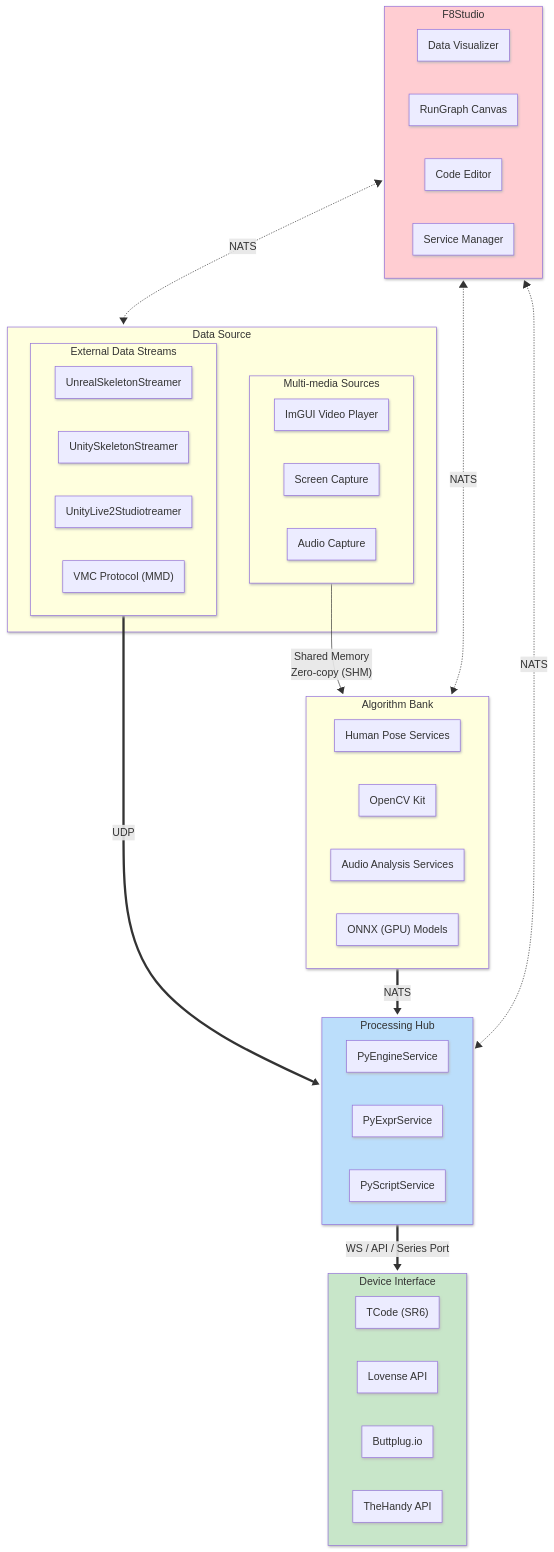
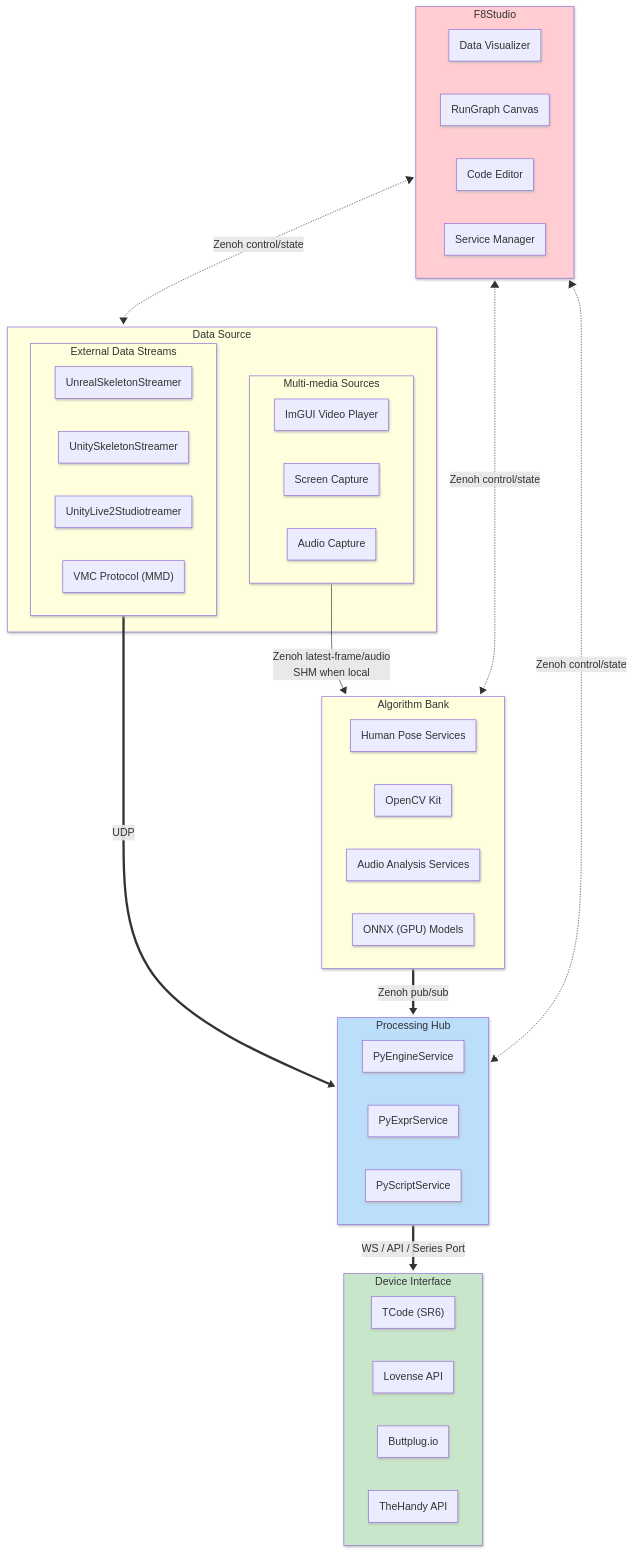
One commit to FrogThe2nd/f8studio changed the diagram in docs/deepdives/system_architecture.md. Above: the diagram before and after it, drawn with Mermaid. The commit also changed 34 other files, not shown here.

Commit message:
feat: make studio runtime entrypoints zenoh-first

````diff
--- a/docs/deepdives/system_architecture.md
+++ b/docs/deepdives/system_architecture.md
@@ -5,56 +5,56 @@
 ``` mermaid
 ---
 config:
   layout: dagre
   look: neo
   theme: mc
 ---
 flowchart TB
  subgraph DS["Data Source"]
         MS["MS"]
         EIS["EIS"]
   end
  subgraph MS["Multi-media Sources"]
         VP["ImGUI Video Player"]
         SC["Screen Capture"]
         AC["Audio Capture"]
   end
  subgraph ALGO["Algorithm Bank"]
         PT["Human Pose Services"]
         OT["OpenCV Kit"]
         VSA["Audio Analysis Services"]
         AAT["ONNX (GPU) Models"]
   end
  subgraph PROCESSOR["Processing Hub"]
         SPN["PyEngineService"]
         PSN["PyExprService"]
         AIN["PyScriptService"]
   end
  subgraph EIS["External Data Streams"]
         NI["UnrealSkeletonStreamer"]
         LMP["UnitySkeletonStreamer"]
         n1["UnityLive2Studiotreamer"]
         n2["VMC Protocol (MMD)"]
   end
  subgraph STUDIO["F8Studio"]
         ITF["Data Visualizer"]
         n3["RunGraph Canvas"]
         n4["Code Editor"]
         n5["Service Manager"]
   end
  subgraph DEVICE["Device Interface"]
         n6["TCode (SR6)"]
         n7["Lovense API"]
         n8["Buttplug.io"]
         n9["TheHandy API"]
   end
-    MS -- "Shared Memory<br>Zero-copy (SHM)" --> ALGO
-    ALGO == NATS ==> PROCESSOR
+    MS -- "Zenoh latest-frame/audio<br>SHM when local" --> ALGO
+    ALGO == Zenoh pub/sub ==> PROCESSOR
     EIS == UDP ==> PROCESSOR
     PROCESSOR == WS / API / Series Port ==> DEVICE
-    STUDIO <-. NATS .-> DS & ALGO & PROCESSOR
+    STUDIO <-. Zenoh control/state .-> DS & ALGO & PROCESSOR
 
     style PROCESSOR fill:#BBDEFB
     style DEVICE fill:#C8E6C9
     style STUDIO fill:#FFCDD2
 ```
````
